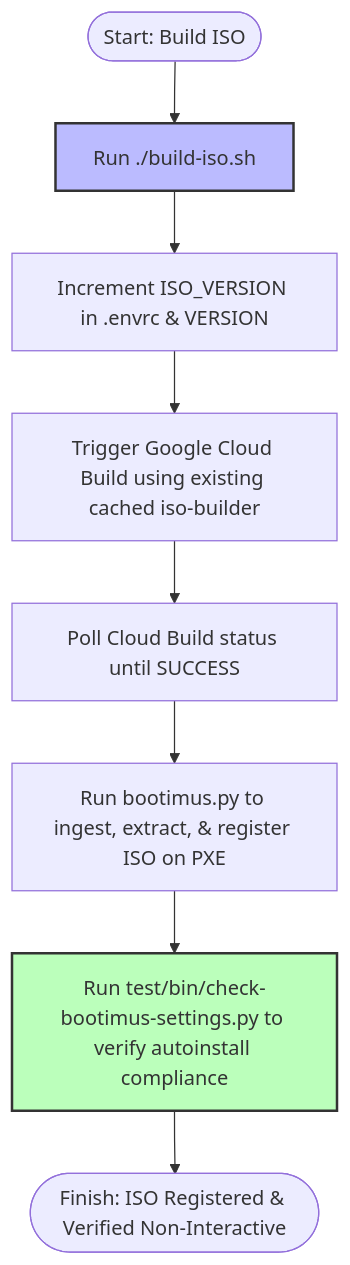
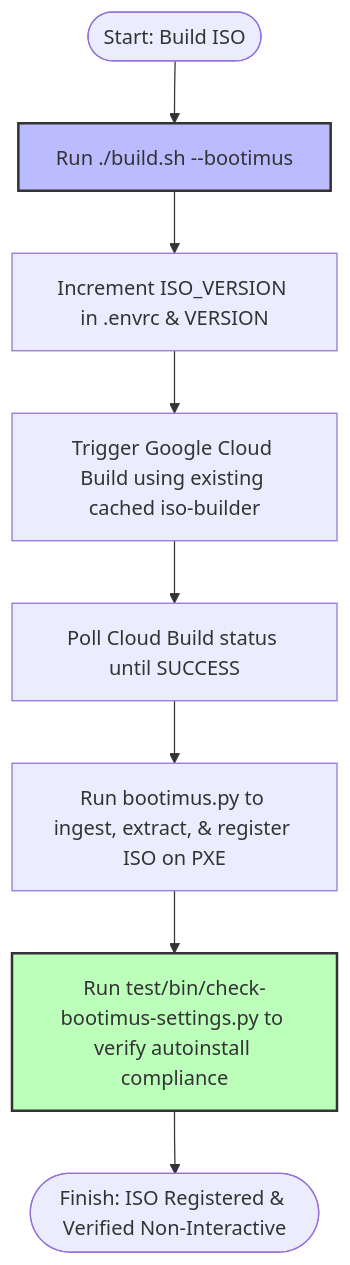
The second of 3 diagrams in docs/DEVELOPMENT.md (mike-ensor/gdc-disk-provisioner-gh), drawn with Mermaid before and after one commit. The commit also changed other lines of this file and 20 other files, not shown here.

````diff
--- a/docs/DEVELOPMENT.md
+++ b/docs/DEVELOPMENT.md
@@ -165,13 +165,13 @@
 ```mermaid
 graph TD
-    Start([Start: Build ISO]) --> Step1[Run ./build-iso.sh]
+    Start([Start: Build ISO]) --> Step1[Run ./build.sh --bootimus]
     Step1 --> Step2[Increment ISO_VERSION in .envrc & VERSION]
     Step2 --> Step3[Trigger Google Cloud Build using existing cached iso-builder]
     Step3 --> Step4[Poll Cloud Build status until SUCCESS]
     Step4 --> Step5[Run bootimus.py to ingest, extract, & register ISO on PXE]
     Step5 --> Step6[Run test/bin/check-bootimus-settings.py to verify autoinstall compliance]
     Step6 --> End([Finish: ISO Registered & Verified Non-Interactive])
 
     style Step1 fill:#bbf,stroke:#333,stroke-width:2px
     style Step6 fill:#bfb,stroke:#333,stroke-width:2px
 ```
````
